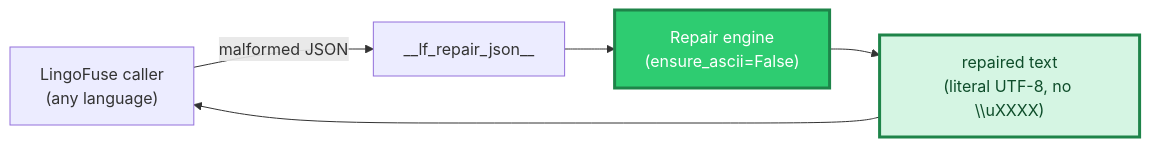
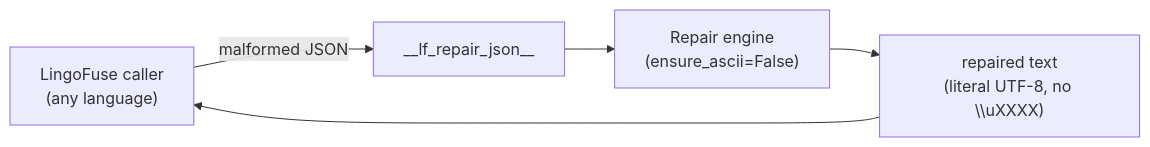
Diagram 11 of 24 in Py/lingofuse/Bridge_User_Guide.md (PassByYou888/LingoFuse), drawn with Mermaid before and after one commit. The commit also changed other lines of this file and 78 other files, not shown here.

````diff
--- a/Py/lingofuse/Bridge_User_Guide.md
+++ b/Py/lingofuse/Bridge_User_Guide.md
@@ -597,10 +590,7 @@
 ```mermaid
 flowchart LR
     Caller["LingoFuse caller<br/>(any language)"] -->|"malformed JSON"| Rep["__lf_repair_json__"]
     Rep --> Engine["Repair engine<br/>(ensure_ascii=False)"]
     Engine --> Out["repaired text<br/>(literal UTF-8, no \\uXXXX)"]
     Out --> Caller
-
-    style Engine fill:#2ECC71,stroke:#1E8449,stroke-width:3px,color:#FFFFFF
-    style Out fill:#D5F5E3,stroke:#1E8449,stroke-width:3px,color:#0E4D2A
 ```
````
